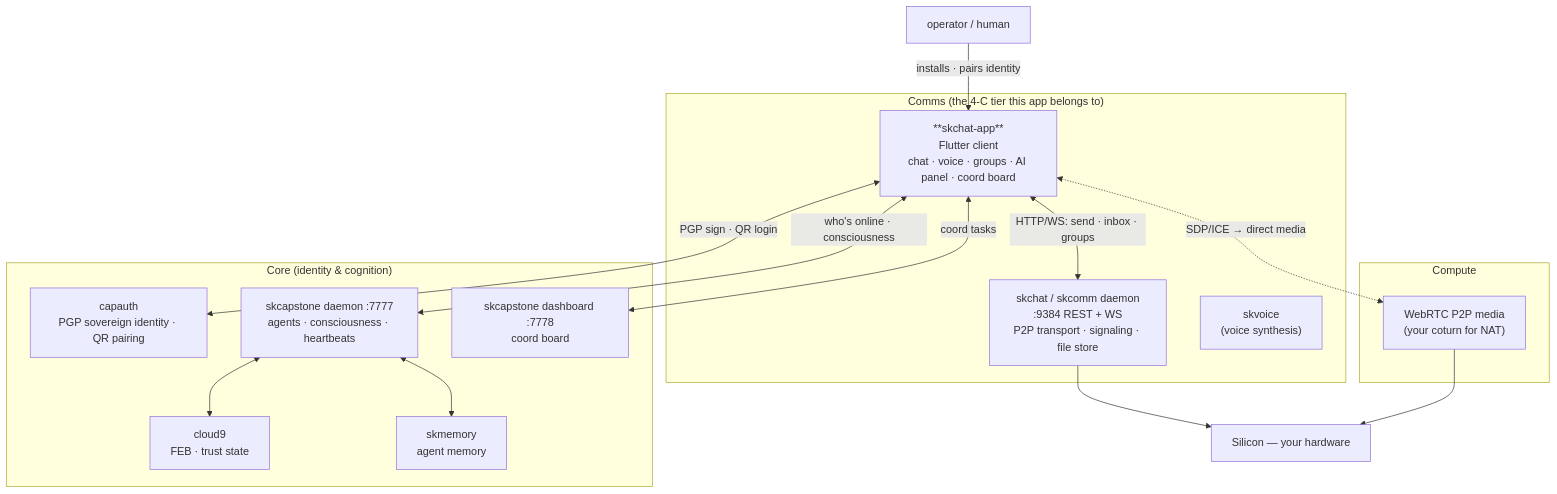
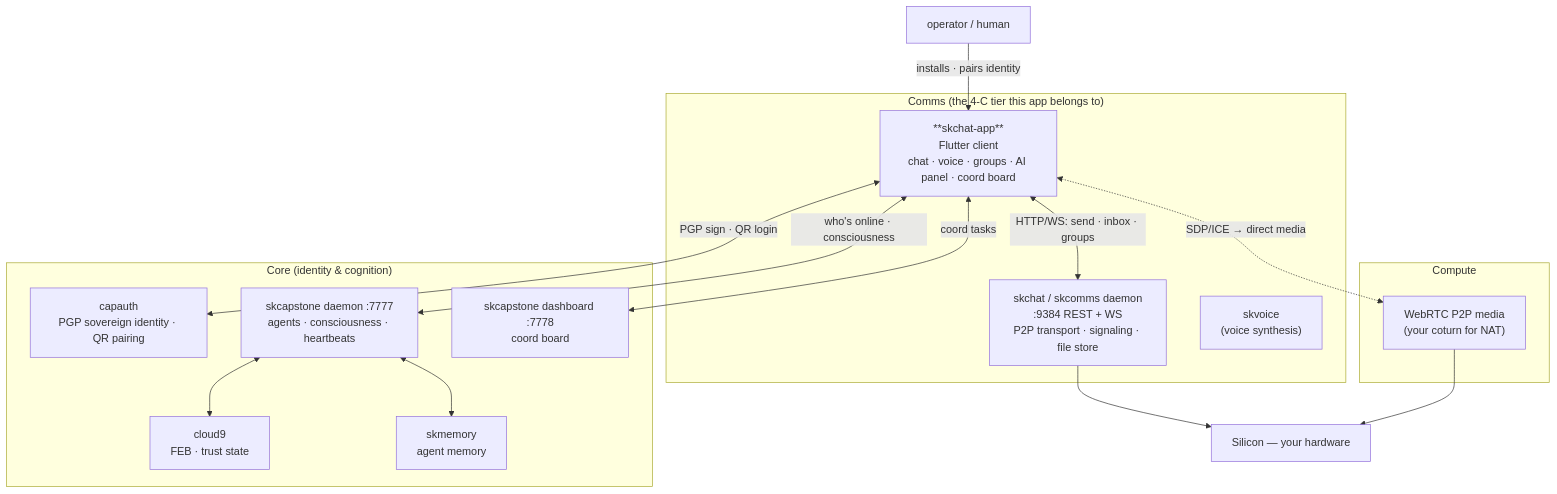
Before and after one commit to smilinTux/skchat-app: the second of 2 diagrams in README.md, drawn with Mermaid. The commit also changed other lines of this file and 35 other files, not shown here.

Commit message:
refactor: skcomm→skcomms across app (files, identifiers, docs)

````diff
--- a/README.md
+++ b/README.md
@@ -114,34 +114,34 @@
 ```mermaid
 flowchart TD
     USER["operator / human"] -->|"installs · pairs identity"| APP
 
     subgraph COMMS["Comms (the 4-C tier this app belongs to)"]
       APP["**skchat-app**<br/>Flutter client<br/>chat · voice · groups · AI panel · coord board"]
-      SKCHAT["skchat / skcomm daemon<br/>:9384 REST + WS<br/>P2P transport · signaling · file store"]
+      SKCHAT["skchat / skcomms daemon<br/>:9384 REST + WS<br/>P2P transport · signaling · file store"]
       SKVOICE["skvoice<br/>(voice synthesis)"]
     end
 
     subgraph CORE["Core (identity & cognition)"]
       CAPAUTH["capauth<br/>PGP sovereign identity · QR pairing"]
       SKCAP["skcapstone daemon :7777<br/>agents · consciousness · heartbeats"]
       DASH["skcapstone dashboard :7778<br/>coord board"]
       CLOUD9["cloud9<br/>FEB · trust state"]
       SKMEM["skmemory<br/>agent memory"]
     end
 
     subgraph COMPUTE["Compute"]
       WEBRTC["WebRTC P2P media<br/>(your coturn for NAT)"]
     end
 
     SILICON["Silicon — your hardware"]
 
     APP <-->|"HTTP/WS: send · inbox · groups"| SKCHAT
     APP <-->|"PGP sign · QR login"| CAPAUTH
     APP <-->|"who's online · consciousness"| SKCAP
     APP <-->|"coord tasks"| DASH
     APP <-.->|"SDP/ICE → direct media"| WEBRTC
     SKCAP <--> CLOUD9
     SKCAP <--> SKMEM
     SKCHAT --> SILICON
     WEBRTC --> SILICON
 ```
````
